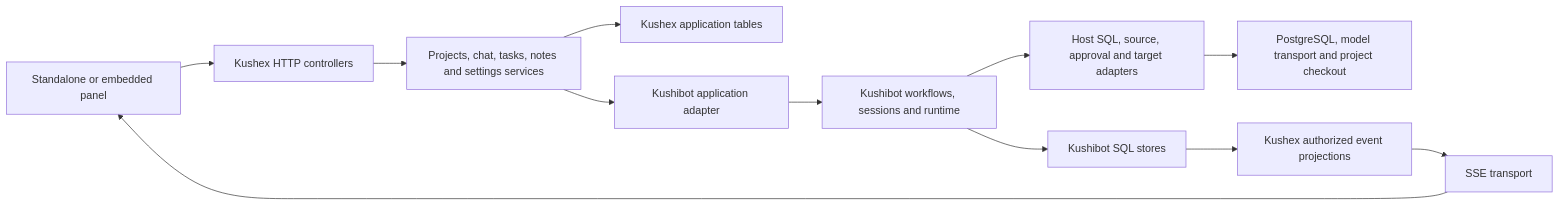
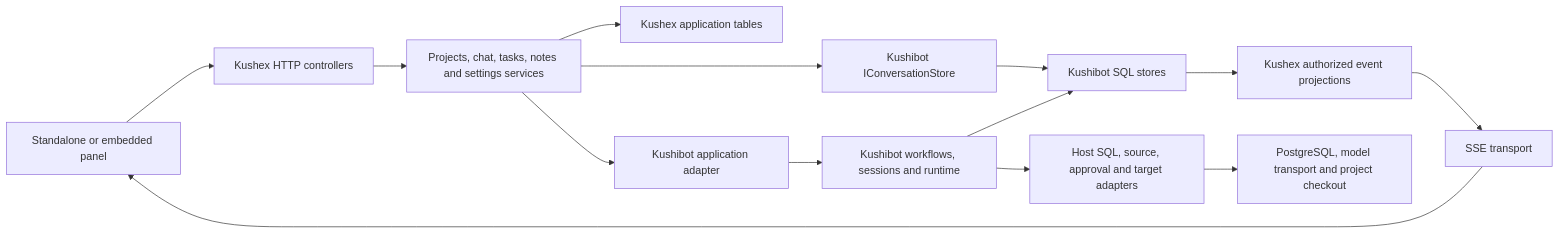
Before and after one commit to nk-kushu/kushex: the diagram in docs/backend/01-overview.md, drawn with Mermaid. The commit also changed other lines of this file and 80 other files, not shown here.

````diff
--- a/docs/backend/01-overview.md
+++ b/docs/backend/01-overview.md
@@ -99,14 +108,16 @@
 ```mermaid
 flowchart LR
   UI[Standalone or embedded panel] --> HTTP[Kushex HTTP controllers]
   HTTP --> App[Projects, chat, tasks, notes and settings services]
   App --> DB[Kushex application tables]
+  App --> Conversations[Kushibot IConversationStore]
+  Conversations --> Stores[Kushibot SQL stores]
   App --> Bridge[Kushibot application adapter]
   Bridge --> Framework[Kushibot workflows, sessions and runtime]
   Framework --> Stores[Kushibot SQL stores]
   Framework --> Host[Host SQL, source, approval and target adapters]
   Host --> External[PostgreSQL, model transport and project checkout]
   Stores --> Events[Kushex authorized event projections]
   Events --> SSE[SSE transport]
   SSE --> UI
 ```
````
